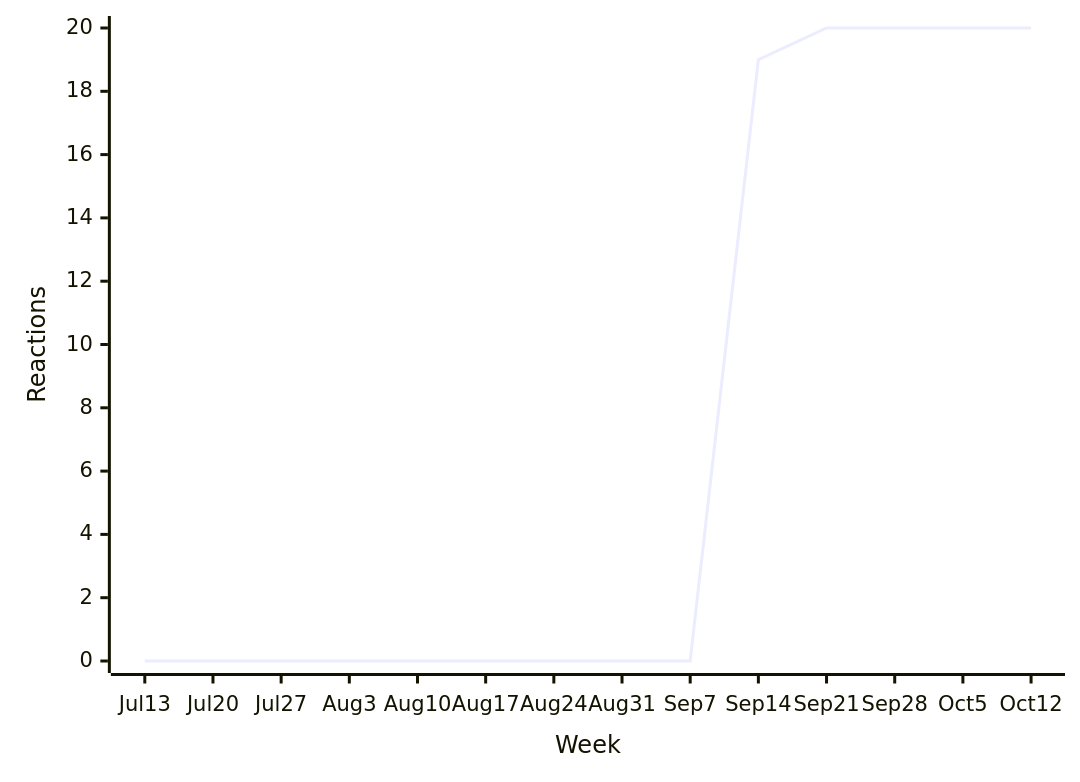
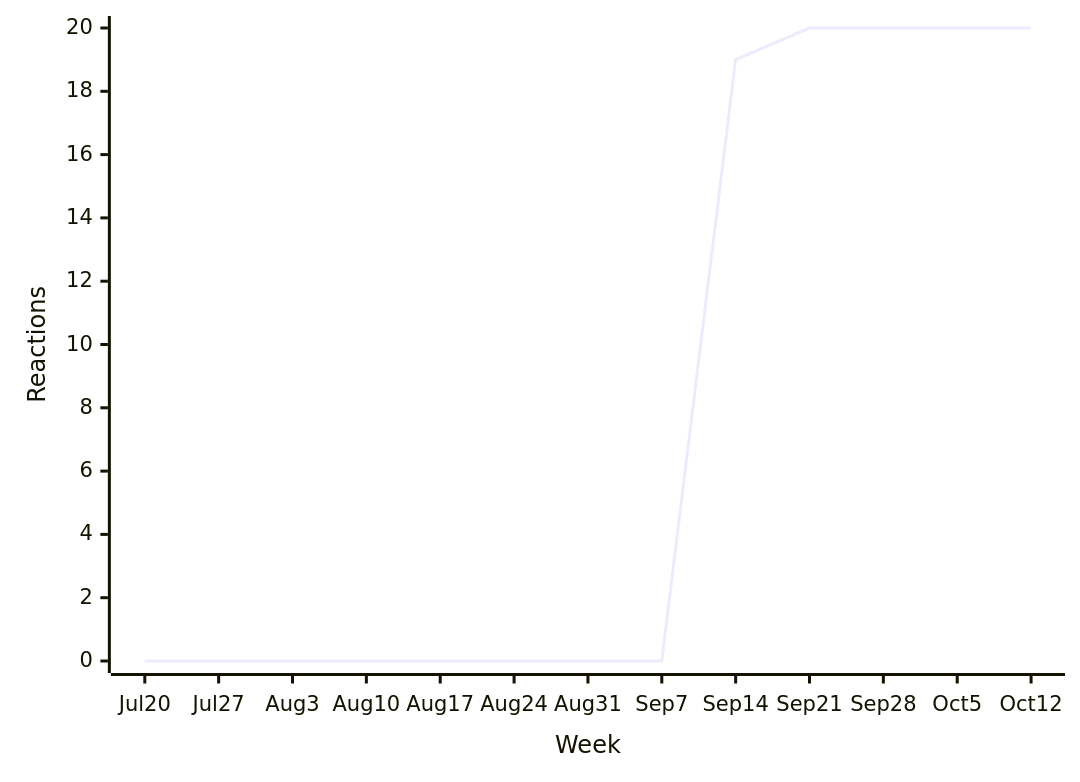
One commit to loic-sharma/github-insights changed the fifth of 38 diagrams in README.md. Above: the diagram before and after it, drawn with Mermaid. The commit also changed other lines of this file and 3 other files, not shown here.

````diff
--- a/README.md
+++ b/README.md
@@ -392,6 +392,6 @@
   ```mermaid
   xychart-beta
-    x-axis "Week" [Jul 13, Jul 20, Jul 27, Aug 3, Aug 10, Aug 17, Aug 24, Aug 31, Sep 7, Sep 14, Sep 21, Sep 28, Oct 5, Oct 12]
+    x-axis "Week" [Jul 20, Jul 27, Aug 3, Aug 10, Aug 17, Aug 24, Aug 31, Sep 7, Sep 14, Sep 21, Sep 28, Oct 5, Oct 12]
     y-axis "Reactions" 0 --> 20
-    line [0, 0, 0, 0, 0, 0, 0, 0, 0, 19, 20, 20, 20, 20]
+    line [0, 0, 0, 0, 0, 0, 0, 0, 19, 20, 20, 20, 20]
   ```
````
